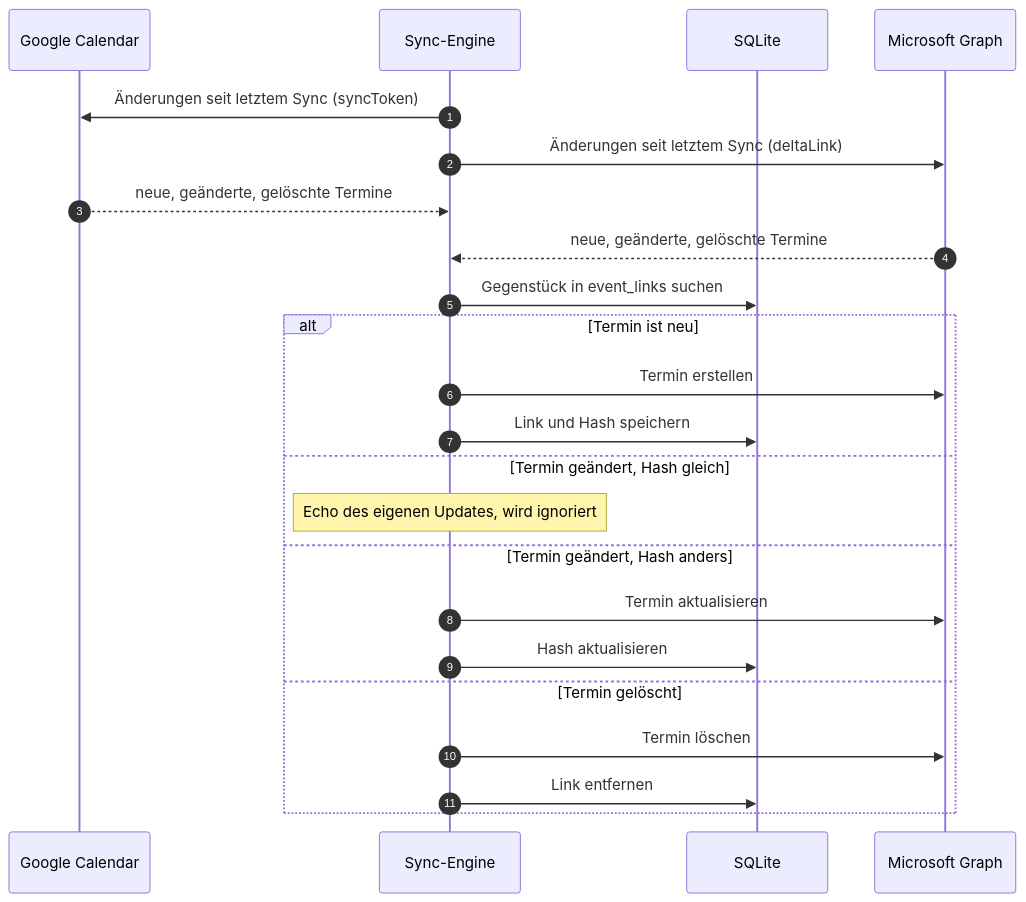
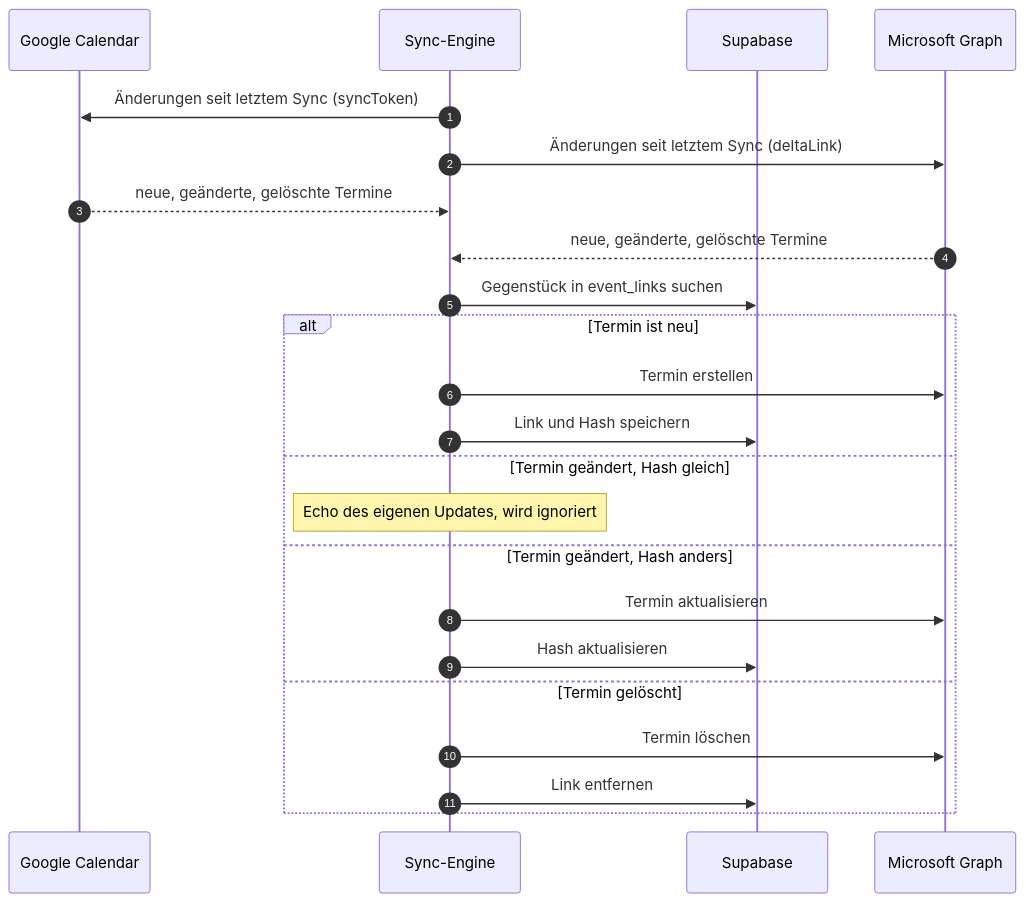
One commit to Namir1234/easy-Calender changed the first of 2 diagrams in README.md. Above: the diagram before and after it, drawn with Mermaid. The commit also changed other lines of this file and 59 other files, not shown here.

````diff
--- a/README.md
+++ b/README.md
@@ -69,27 +79,27 @@
 ```mermaid
 sequenceDiagram
     autonumber
     participant G as Google Calendar
     participant E as Sync-Engine
-    participant DB as SQLite
+    participant DB as Supabase
     participant M as Microsoft Graph
 
     E->>G: Änderungen seit letztem Sync (syncToken)
     E->>M: Änderungen seit letztem Sync (deltaLink)
     G-->>E: neue, geänderte, gelöschte Termine
     M-->>E: neue, geänderte, gelöschte Termine
     E->>DB: Gegenstück in event_links suchen
 
     alt Termin ist neu
         E->>M: Termin erstellen
         E->>DB: Link und Hash speichern
     else Termin geändert, Hash gleich
         Note over E: Echo des eigenen Updates, wird ignoriert
     else Termin geändert, Hash anders
         E->>M: Termin aktualisieren
         E->>DB: Hash aktualisieren
     else Termin gelöscht
         E->>M: Termin löschen
         E->>DB: Link entfernen
     end
 ```
````
